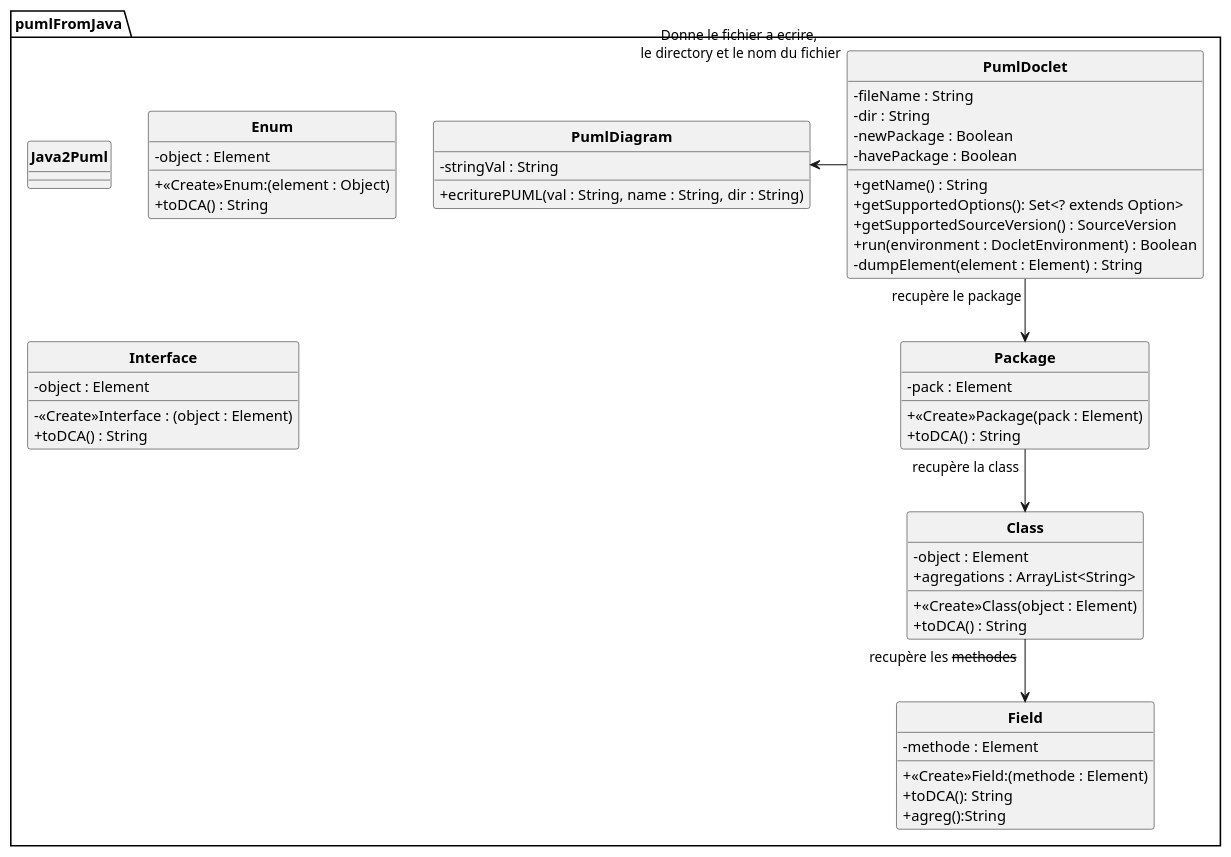
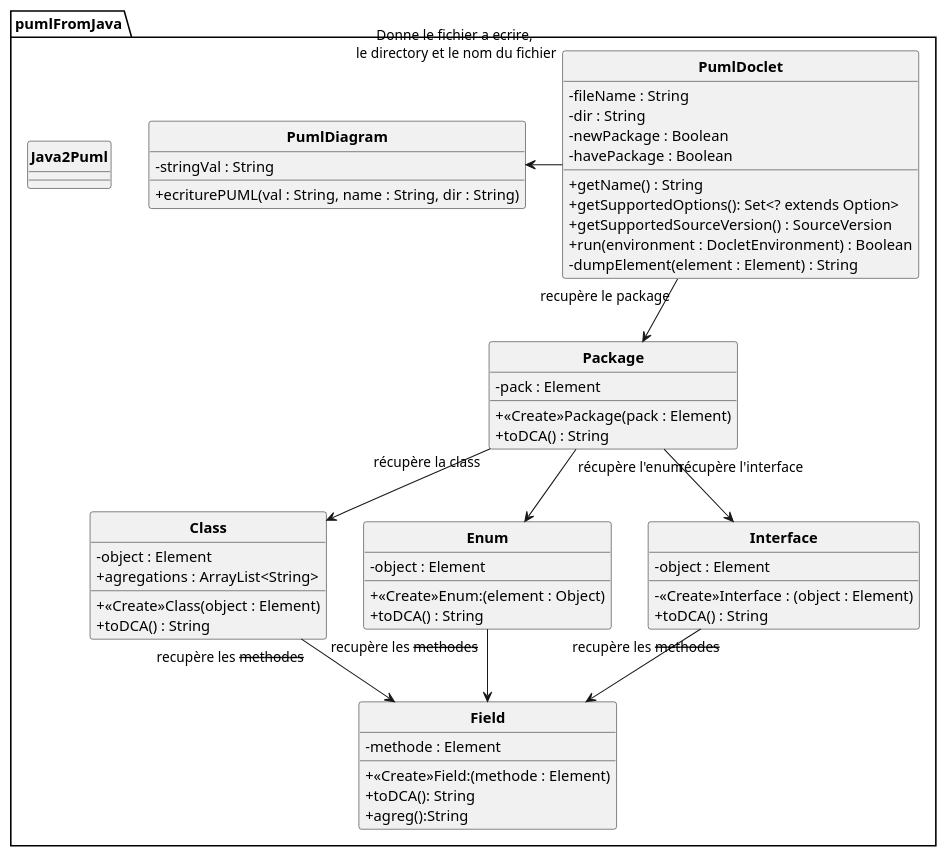
The diagram in puml/DiagrammesCodeEleve/DccCodeEleve.puml (D3B1RUM4N/PumlFromJava), drawn with PlantUML before and after one commit. The commit also changed 1 other file, not shown here.

```diff
--- a/puml/DiagrammesCodeEleve/DccCodeEleve.puml
+++ b/puml/DiagrammesCodeEleve/DccCodeEleve.puml
@@ -1,75 +1,79 @@
 @startuml
 'https://plantuml.com/sequence-diagram
 
 skinparam classAttributeIconSize 0
 skinparam classFontStyle Bold
 skinparam style strictuml
 
 package pumlFromJava{
     class PumlDiagram{
         - stringVal : String
         + ecriturePUML(val : String, name : String, dir : String)
     }
 
     class Java2Puml{
 
     }
 
     class PumlDoclet{
         + getName() : String
         - fileName : String
         - dir : String
         + getSupportedOptions(): Set<? extends Option>
         + getSupportedSourceVersion() : SourceVersion
         + run(environment : DocletEnvironment) : Boolean
         - newPackage : Boolean
         - havePackage : Boolean
         - dumpElement(element : Element) : String
     }
 
     class Package{
         -pack : Element
         +<<Create>>Package(pack : Element)
         +toDCA() : String
     }
 
     class Class{
         -object : Element
         +agregations : ArrayList<String>
         +<<Create>>Class(object : Element)
         +toDCA() : String
 
     }
 
     class Field{
         -methode : Element
         +<<Create>>Field:(methode : Element)
         +toDCA(): String
         +agreg():String
 
     }
 
     class Enum{
         -object : Element
         +<<Create>>Enum:(element : Object)
         +toDCA() : String
 
     }
 
     class Interface{
         -object : Element
         -<<Create>>Interface : (object : Element)
         +toDCA() : String
     }
 
 PumlDoclet "recupère le package" --> Package
-Package "recupère la class" --> Class
+Package "récupère la class" --> Class
+Package "récupère l'interface" --> Interface
+Package "récupère l'enum" --> Enum
 Class "recupère les --methodes--" --> Field
+Interface "recupère les --methodes--" --> Field
+Enum "recupère les --methodes--" --> Field
 'Je sais que ça ne s'appelle pas méthode mais gros trou de mémoire
 PumlDoclet "Donne le fichier a ecrire,\n le directory et le nom du fichier" ---l-> PumlDiagram
 
 }
 
 
 
 @enduml
```
